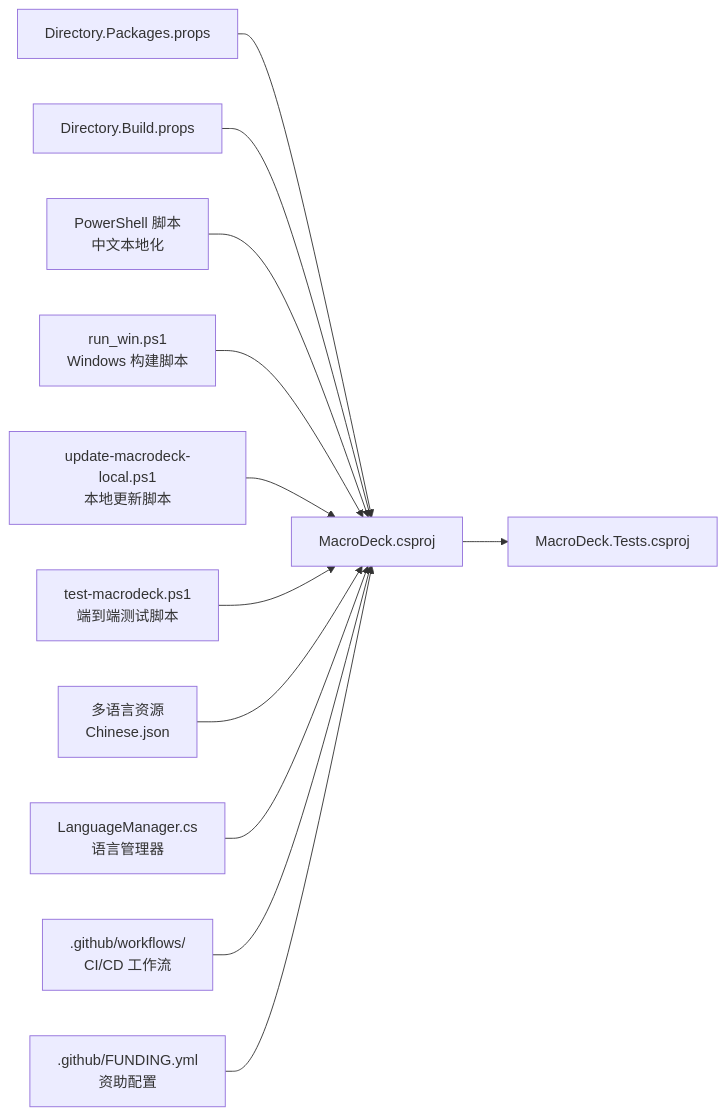
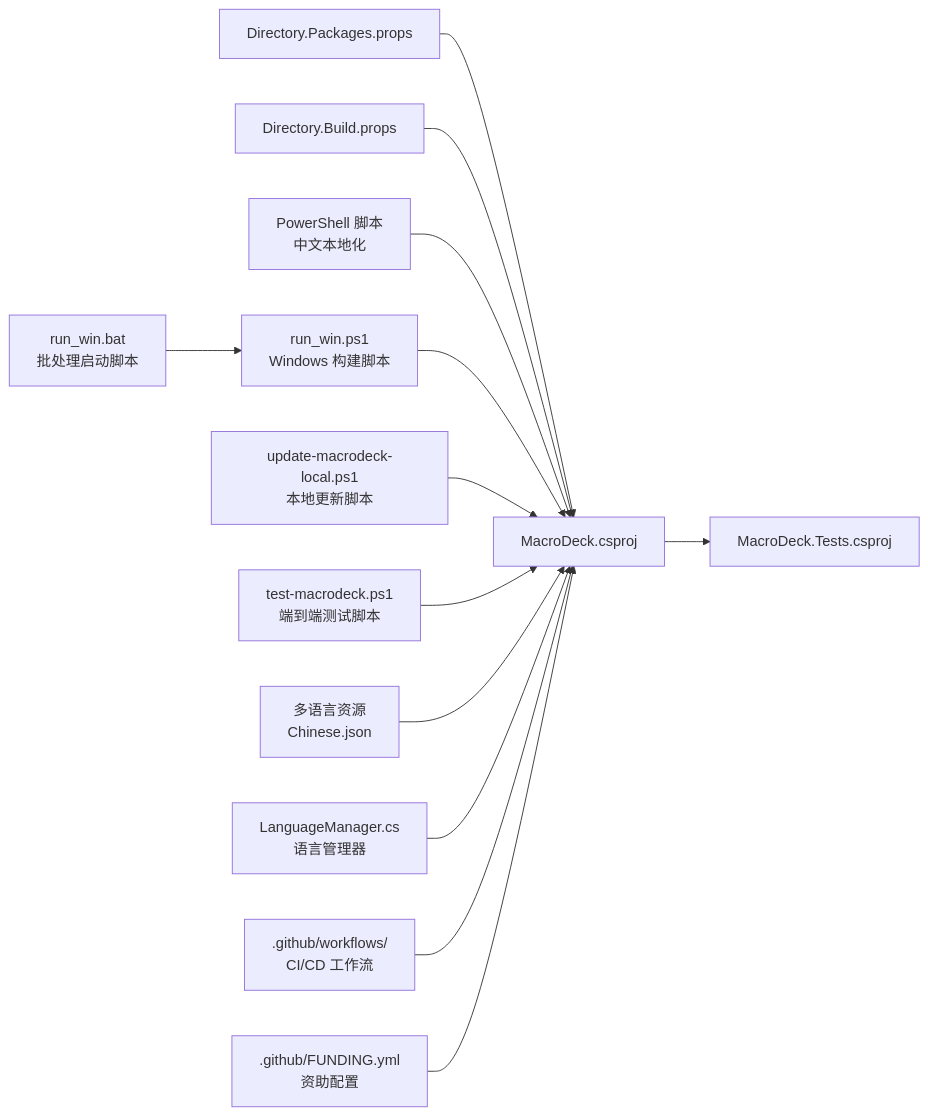
The third of 5 diagrams in .qoder/repowiki/zh/content/开发者指南/开发者指南.md (tea4go/Macro-Deck), drawn with Mermaid before and after one commit. The commit also changed other lines of this file and 5 other files, not shown here.

````diff
--- a/.qoder/repowiki/zh/content/开发者指南/开发者指南.md
+++ b/.qoder/repowiki/zh/content/开发者指南/开发者指南.md
@@ -231,26 +243,28 @@
 ```mermaid
 graph LR
 AppProj["MacroDeck.csproj"]
 TestProj["MacroDeck.Tests.csproj"]
 CentralProps["Directory.Packages.props"]
 BuildProps["Directory.Build.props"]
 PScripts["PowerShell 脚本<br/>中文本地化"]
 RunWin["run_win.ps1<br/>Windows 构建脚本"]
 UpdateLocal["update-macrodeck-local.ps1<br/>本地更新脚本"]
 TestScript["test-macrodeck.ps1<br/>端到端测试脚本"]
+RunBat["run_win.bat<br/>批处理启动脚本"]
 Localize["多语言资源<br/>Chinese.json"]
 GHWorkflow[".github/workflows/<br/>CI/CD 工作流"]
 Funding[".github/FUNDING.yml<br/>资助配置"]
 LanguageMgr["LanguageManager.cs<br/>语言管理器"]
 CentralProps --> AppProj
 BuildProps --> AppProj
 AppProj --> TestProj
 PScripts --> AppProj
 RunWin --> AppProj
 UpdateLocal --> AppProj
 TestScript --> AppProj
+RunBat --> RunWin
 Localize --> AppProj
 LanguageMgr --> AppProj
 GHWorkflow --> AppProj
 Funding --> AppProj
 ```
````
